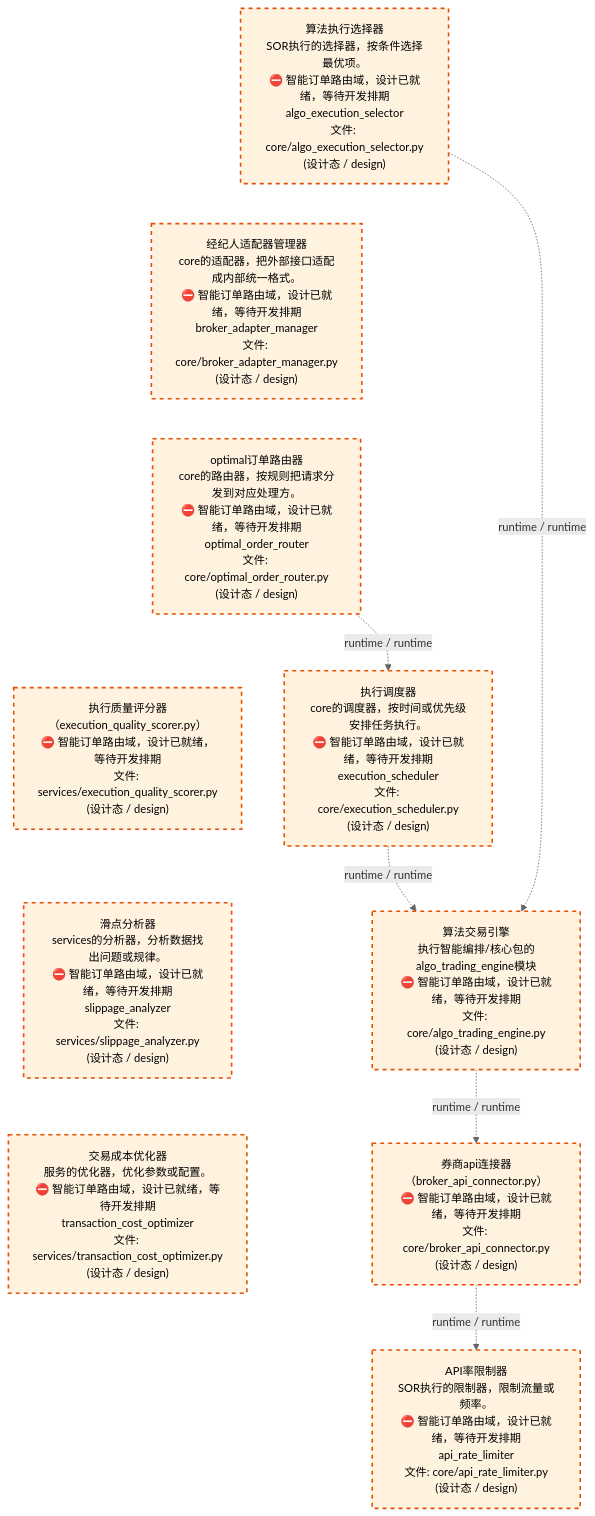
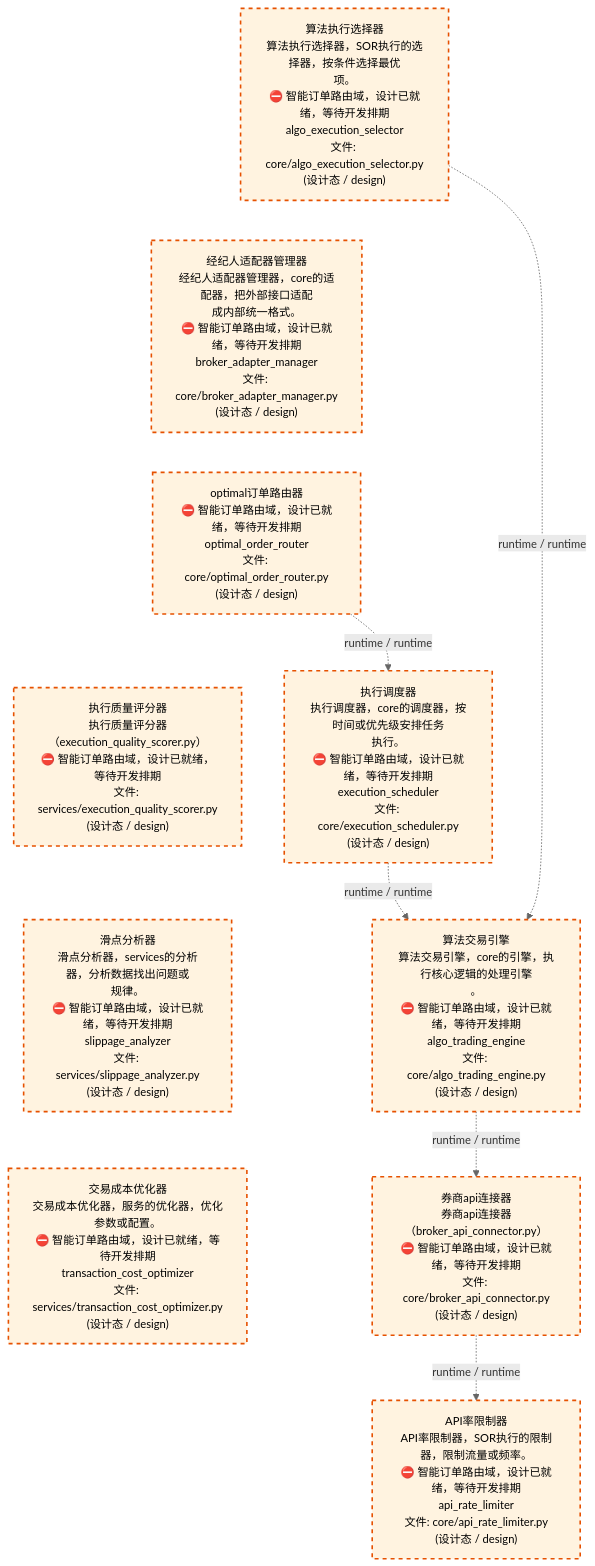
Before and after one commit to xuanFelixVan/ZephyrAlpha: the third of 4 diagrams in docs/02_enterprise_architecture/02_domain_architecture_docs/45_d_ex_sor.md, drawn with Mermaid. The commit also changed other lines of this file and 56 other files, not shown here.

````diff
--- a/docs/02_enterprise_architecture/02_domain_architecture_docs/45_d_ex_sor.md
+++ b/docs/02_enterprise_architecture/02_domain_architecture_docs/45_d_ex_sor.md
@@ -138,29 +138,29 @@
 ```mermaid
 %%{init: {'theme': 'base', 'themeVariables': {'primaryColor': '#eaeaea', 'primaryTextColor': '#333333', 'primaryBorderColor': '#666666', 'lineColor': '#666666', 'secondaryColor': '#eaeaea', 'tertiaryColor': '#eaeaea', 'fontSize': '14px'}}}%%
 flowchart TD
-    src_zephyr_ex_sor_core_algo_execution_selector_py["算法执行选择器<br/>SOR执行的选择器，按条件选择最优项。<br/>⛔ 智能订单路由域，设计已就绪，等待开发排期<br/>algo_execution_selector<br/>文件: core/algo_execution_selector.py<br/>(设计态 / design)"]
-    src_zephyr_ex_sor_core_broker_adapter_manager_py["经纪人适配器管理器<br/>core的适配器，把外部接口适配成内部统一格式。<br/>⛔ 智能订单路由域，设计已就绪，等待开发排期<br/>broker_adapter_manager<br/>文件: core/broker_adapter_manager.py<br/>(设计态 / design)"]
-    src_zephyr_ex_sor_core_optimal_order_router_py["optimal订单路由器<br/>core的路由器，按规则把请求分发到对应处理方。<br/>⛔ 智能订单路由域，设计已就绪，等待开发排期<br/>optimal_order_router<br/>文件: core/optimal_order_router.py<br/>(设计态 / design)"]
-    src_zephyr_ex_sor_services_execution_quality_scorer_py["执行质量评分器<br/>（execution_quality_scorer.py）<br/>⛔ 智能订单路由域，设计已就绪，等待开发排期<br/>文件: services/execution_quality_scorer.py<br/>(设计态 / design)"]
-    src_zephyr_ex_sor_services_slippage_analyzer_py["滑点分析器<br/>services的分析器，分析数据找出问题或规律。<br/>⛔ 智能订单路由域，设计已就绪，等待开发排期<br/>slippage_analyzer<br/>文件: services/slippage_analyzer.py<br/>(设计态 / design)"]
-    src_zephyr_ex_sor_services_transaction_cost_optimizer_py["交易成本优化器<br/>服务的优化器，优化参数或配置。<br/>⛔ 智能订单路由域，设计已就绪，等待开发排期<br/>transaction_cost_optimizer<br/>文件: services/transaction_cost_optimizer.py<br/>(设计态 / design)"]
+    src_zephyr_ex_sor_core_algo_execution_selector_py["算法执行选择器<br/>算法执行选择器，SOR执行的选择器，按条件选择最优<br/>项。<br/>⛔ 智能订单路由域，设计已就绪，等待开发排期<br/>algo_execution_selector<br/>文件: core/algo_execution_selector.py<br/>(设计态 / design)"]
+    src_zephyr_ex_sor_core_broker_adapter_manager_py["经纪人适配器管理器<br/>经纪人适配器管理器，core的适配器，把外部接口适配<br/>成内部统一格式。<br/>⛔ 智能订单路由域，设计已就绪，等待开发排期<br/>broker_adapter_manager<br/>文件: core/broker_adapter_manager.py<br/>(设计态 / design)"]
+    src_zephyr_ex_sor_core_optimal_order_router_py["optimal订单路由器<br/>⛔ 智能订单路由域，设计已就绪，等待开发排期<br/>optimal_order_router<br/>文件: core/optimal_order_router.py<br/>(设计态 / design)"]
+    src_zephyr_ex_sor_services_execution_quality_scorer_py["执行质量评分器<br/>执行质量评分器（execution_quality_scorer.py）<br/>⛔ 智能订单路由域，设计已就绪，等待开发排期<br/>文件: services/execution_quality_scorer.py<br/>(设计态 / design)"]
+    src_zephyr_ex_sor_services_slippage_analyzer_py["滑点分析器<br/>滑点分析器，services的分析器，分析数据找出问题或<br/>规律。<br/>⛔ 智能订单路由域，设计已就绪，等待开发排期<br/>slippage_analyzer<br/>文件: services/slippage_analyzer.py<br/>(设计态 / design)"]
+    src_zephyr_ex_sor_services_transaction_cost_optimizer_py["交易成本优化器<br/>交易成本优化器，服务的优化器，优化参数或配置。<br/>⛔ 智能订单路由域，设计已就绪，等待开发排期<br/>transaction_cost_optimizer<br/>文件: services/transaction_cost_optimizer.py<br/>(设计态 / design)"]
     src_zephyr_ex_sor_core_algo_execution_selector_py ~~~ src_zephyr_ex_sor_core_broker_adapter_manager_py
     src_zephyr_ex_sor_core_broker_adapter_manager_py ~~~ src_zephyr_ex_sor_core_optimal_order_router_py
     src_zephyr_ex_sor_core_optimal_order_router_py ~~~ src_zephyr_ex_sor_services_execution_quality_scorer_py
     src_zephyr_ex_sor_services_execution_quality_scorer_py ~~~ src_zephyr_ex_sor_services_slippage_analyzer_py
     src_zephyr_ex_sor_services_slippage_analyzer_py ~~~ src_zephyr_ex_sor_services_transaction_cost_optimizer_py
-    src_zephyr_ex_sor_core_execution_scheduler_py["执行调度器<br/>core的调度器，按时间或优先级安排任务执行。<br/>⛔ 智能订单路由域，设计已就绪，等待开发排期<br/>execution_scheduler<br/>文件: core/execution_scheduler.py<br/>(设计态 / design)"]
-    src_zephyr_ex_sor_core_algo_trading_engine_py["算法交易引擎<br/>执行智能编排/核心包的algo_trading_engine模块<br/>⛔ 智能订单路由域，设计已就绪，等待开发排期<br/>文件: core/algo_trading_engine.py<br/>(设计态 / design)"]
-    src_zephyr_ex_sor_core_broker_api_connector_py["券商api连接器<br/>（broker_api_connector.py）<br/>⛔ 智能订单路由域，设计已就绪，等待开发排期<br/>文件: core/broker_api_connector.py<br/>(设计态 / design)"]
-    src_zephyr_ex_sor_core_api_rate_limiter_py["API率限制器<br/>SOR执行的限制器，限制流量或频率。<br/>⛔ 智能订单路由域，设计已就绪，等待开发排期<br/>api_rate_limiter<br/>文件: core/api_rate_limiter.py<br/>(设计态 / design)"]
+    src_zephyr_ex_sor_core_execution_scheduler_py["执行调度器<br/>执行调度器，core的调度器，按时间或优先级安排任务<br/>执行。<br/>⛔ 智能订单路由域，设计已就绪，等待开发排期<br/>execution_scheduler<br/>文件: core/execution_scheduler.py<br/>(设计态 / design)"]
+    src_zephyr_ex_sor_core_algo_trading_engine_py["算法交易引擎<br/>算法交易引擎，core的引擎，执行核心逻辑的处理引擎<br/>。<br/>⛔ 智能订单路由域，设计已就绪，等待开发排期<br/>algo_trading_engine<br/>文件: core/algo_trading_engine.py<br/>(设计态 / design)"]
+    src_zephyr_ex_sor_core_broker_api_connector_py["券商api连接器<br/>券商api连接器（broker_api_connector.py）<br/>⛔ 智能订单路由域，设计已就绪，等待开发排期<br/>文件: core/broker_api_connector.py<br/>(设计态 / design)"]
+    src_zephyr_ex_sor_core_api_rate_limiter_py["API率限制器<br/>API率限制器，SOR执行的限制器，限制流量或频率。<br/>⛔ 智能订单路由域，设计已就绪，等待开发排期<br/>api_rate_limiter<br/>文件: core/api_rate_limiter.py<br/>(设计态 / design)"]
     src_zephyr_ex_sor_core_optimal_order_router_py -.->|runtime / runtime| src_zephyr_ex_sor_core_execution_scheduler_py
     src_zephyr_ex_sor_core_execution_scheduler_py -.->|runtime / runtime| src_zephyr_ex_sor_core_algo_trading_engine_py
     src_zephyr_ex_sor_core_algo_trading_engine_py -.->|runtime / runtime| src_zephyr_ex_sor_core_broker_api_connector_py
     src_zephyr_ex_sor_core_algo_execution_selector_py -.->|runtime / runtime| src_zephyr_ex_sor_core_algo_trading_engine_py
     src_zephyr_ex_sor_core_broker_api_connector_py -.->|runtime / runtime| src_zephyr_ex_sor_core_api_rate_limiter_py
     classDef production fill:#e1f5fe,stroke:#01579b,stroke-width:2px,color:#000
     classDef design fill:#fff3e0,stroke:#e65100,stroke-width:2px,color:#000,stroke-dasharray: 5 5
     classDef external_prod fill:#e8f4fd,stroke:#0277bd,stroke-width:1px,color:#000
     classDef external_design fill:#fff8e7,stroke:#ef6c00,stroke-width:1px,color:#000,stroke-dasharray: 5 5
     class src_zephyr_ex_sor_core_algo_execution_selector_py,src_zephyr_ex_sor_core_algo_trading_engine_py,src_zephyr_ex_sor_core_api_rate_limiter_py,src_zephyr_ex_sor_core_broker_adapter_manager_py,src_zephyr_ex_sor_core_broker_api_connector_py,src_zephyr_ex_sor_core_execution_scheduler_py,src_zephyr_ex_sor_core_optimal_order_router_py,src_zephyr_ex_sor_services_execution_quality_scorer_py,src_zephyr_ex_sor_services_slippage_analyzer_py,src_zephyr_ex_sor_services_transaction_cost_optimizer_py design
 ```
````
